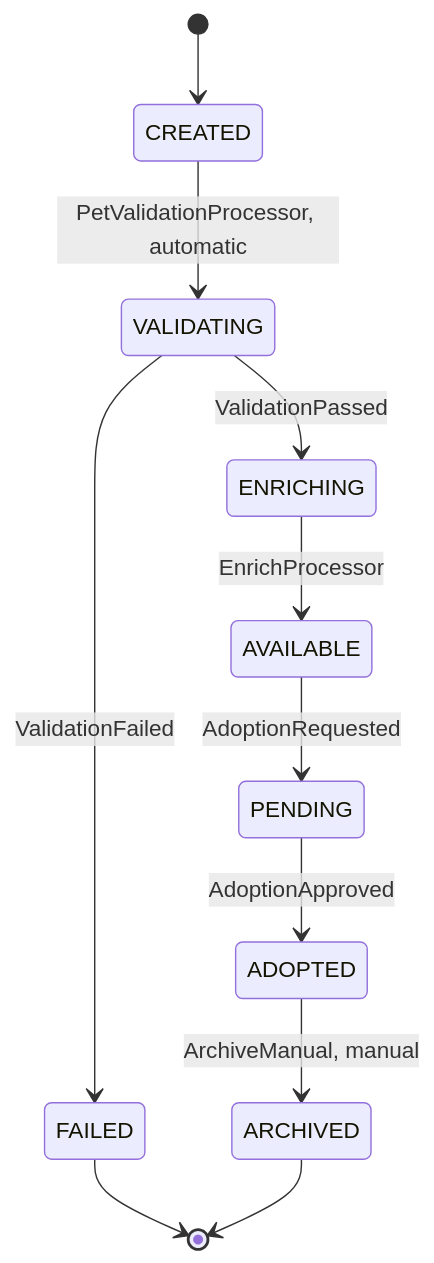
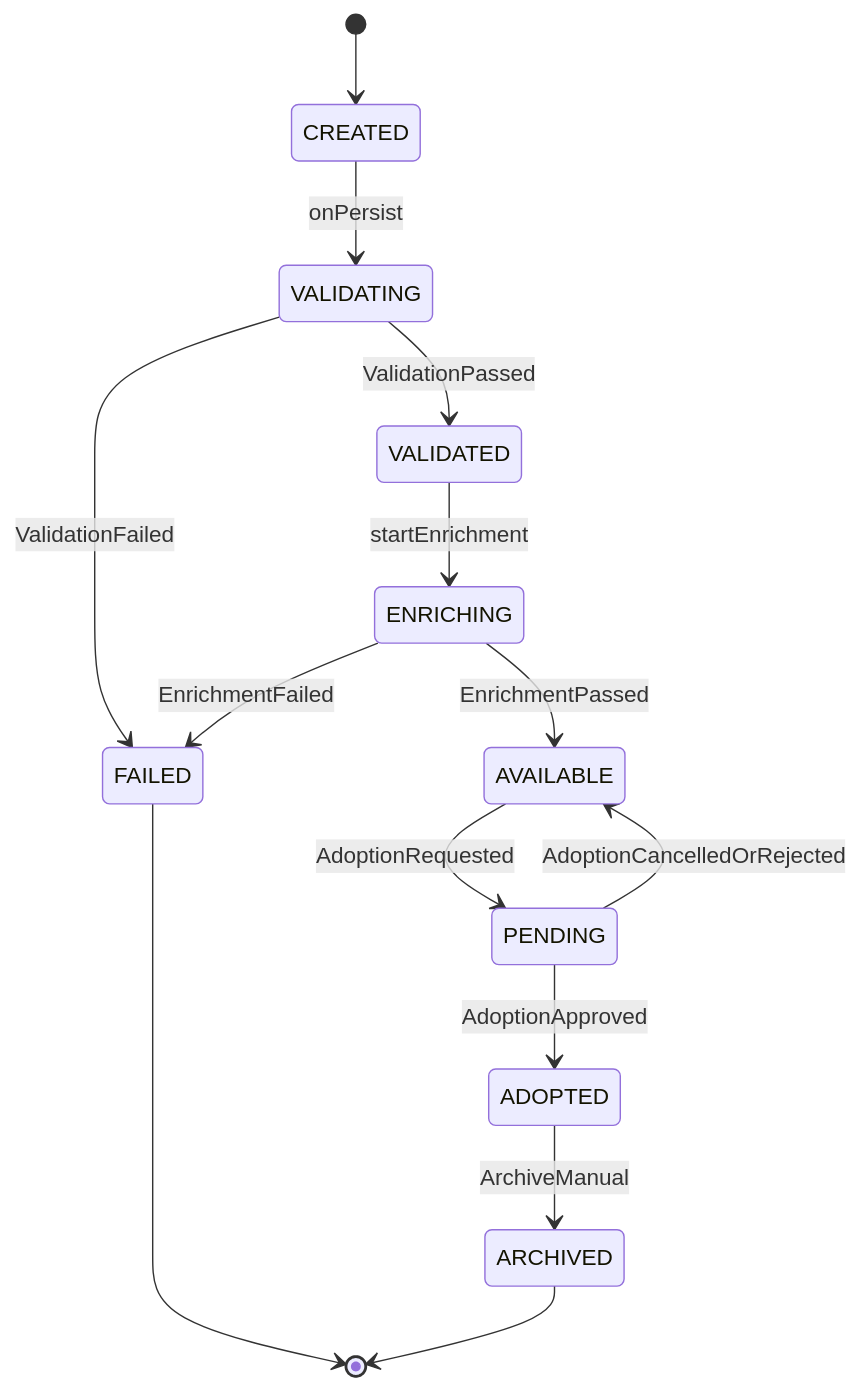
Before and after one commit to Cyoda-platform/java-client-template: the first of 3 diagrams in src/main/java/com/java_template/prototype/functional_requirement.md, drawn with Mermaid. The commit also changed other lines of this file, not shown here.

````diff
--- a/src/main/java/com/java_template/prototype/functional_requirement.md
+++ b/src/main/java/com/java_template/prototype/functional_requirement.md
@@ -46,13 +92,16 @@
 ```mermaid
 stateDiagram-v2
     [*] --> CREATED
-    CREATED --> VALIDATING : PetValidationProcessor, automatic
-    VALIDATING --> ENRICHING : ValidationPassed
+    CREATED --> VALIDATING : onPersist
+    VALIDATING --> VALIDATED : ValidationPassed
     VALIDATING --> FAILED : ValidationFailed
-    ENRICHING --> AVAILABLE : EnrichProcessor
+    VALIDATED --> ENRICHING : startEnrichment
+    ENRICHING --> AVAILABLE : EnrichmentPassed
+    ENRICHING --> FAILED : EnrichmentFailed
     AVAILABLE --> PENDING : AdoptionRequested
     PENDING --> ADOPTED : AdoptionApproved
-    ADOPTED --> ARCHIVED : ArchiveManual, manual
+    PENDING --> AVAILABLE : AdoptionCancelledOrRejected
+    ADOPTED --> ARCHIVED : ArchiveManual
     FAILED --> [*]
     ARCHIVED --> [*]
 ```
````
